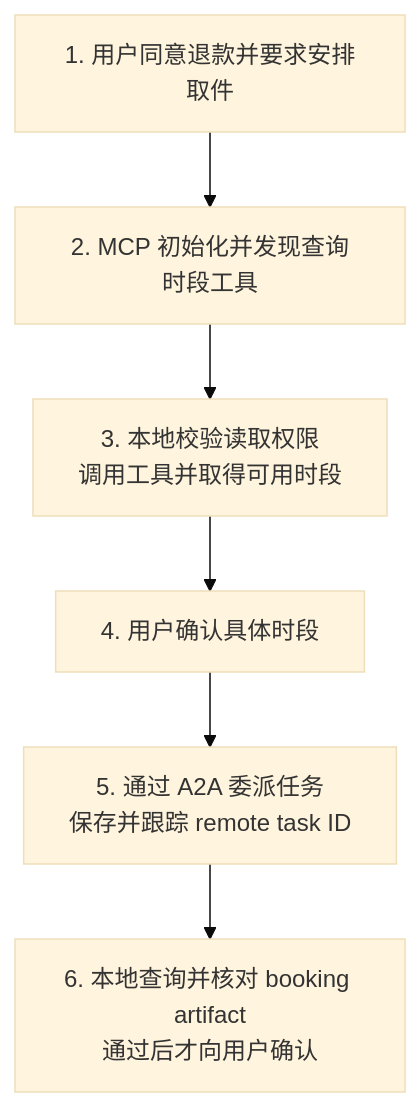
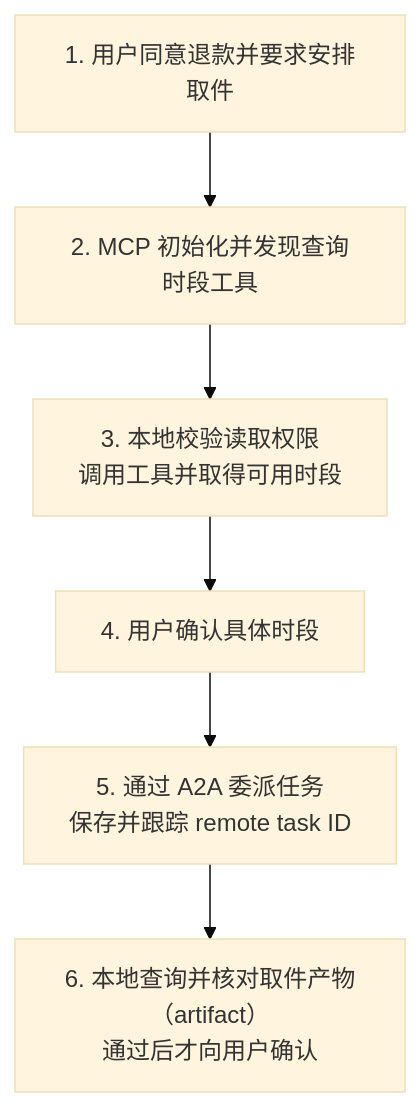
Before and after one commit to NightLemon/about-llm: the first of 2 diagrams in docs/applications/agent-interoperability.md, drawn with Mermaid (base theme). The commit also changed other lines of this file and 74 other files, not shown here.

````diff
--- a/docs/applications/agent-interoperability.md
+++ b/docs/applications/agent-interoperability.md
@@ -34,8 +34,8 @@
 ```mermaid
 flowchart TD
   U["1. 用户同意退款并要求安排取件"] --> D["2. MCP 初始化并发现查询时段工具"]
   D --> L["3. 本地校验读取权限<br/>调用工具并取得可用时段"]
   L --> C["4. 用户确认具体时段"]
   C --> A["5. 通过 A2A 委派任务<br/>保存并跟踪 remote task ID"]
-  A --> V["6. 本地查询并核对 booking artifact<br/>通过后才向用户确认"]
+  A --> V["6. 本地查询并核对取件产物（artifact）<br/>通过后才向用户确认"]
 ```
````
